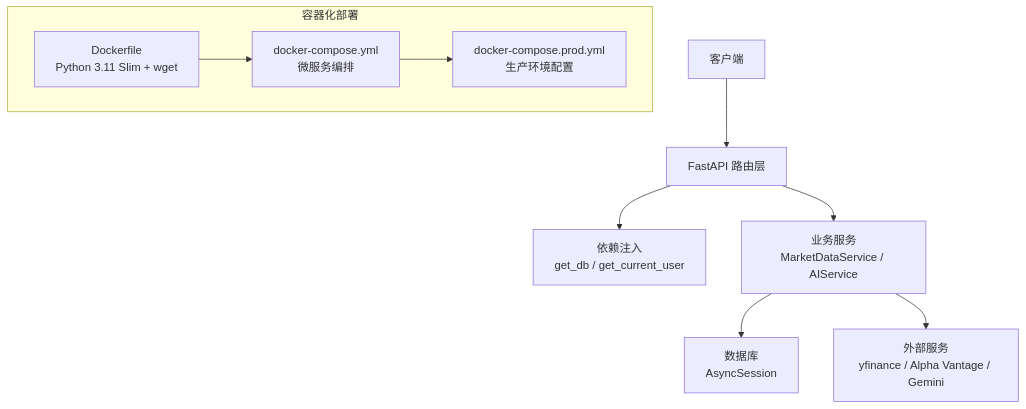
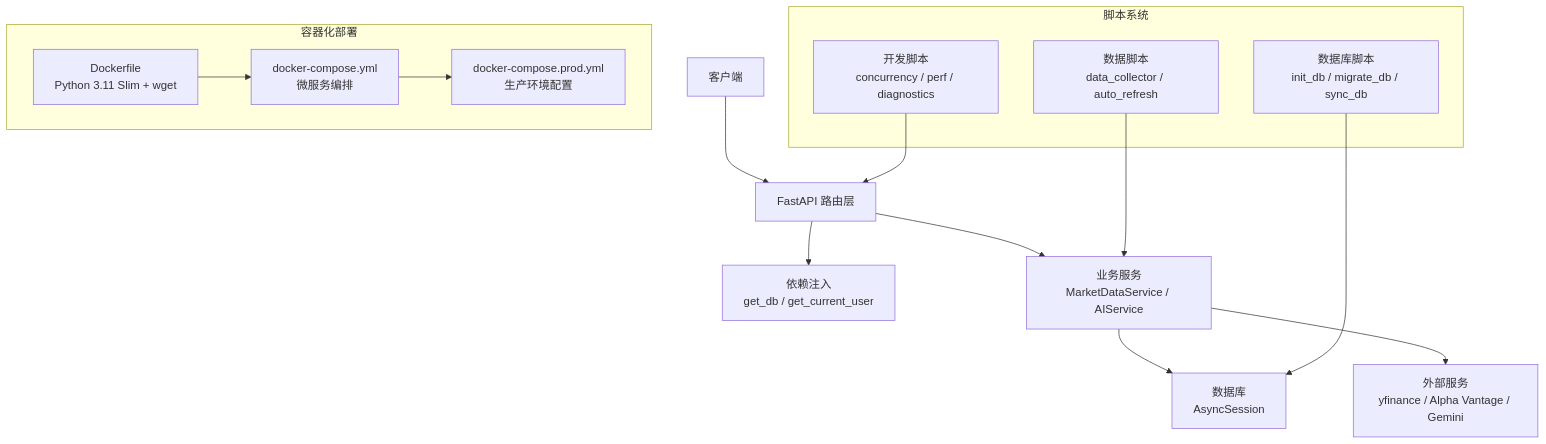
One commit to breeze-lyf/ai-stock-advisor changed the second of 11 diagrams in .qoder/repowiki/zh/content/后端开发指南/后端开发指南.md. Above: the diagram before and after it, drawn with Mermaid. The commit also changed other lines of this file and 11 other files, not shown here.

````diff
--- a/.qoder/repowiki/zh/content/后端开发指南/后端开发指南.md
+++ b/.qoder/repowiki/zh/content/后端开发指南/后端开发指南.md
@@ -165,15 +190,23 @@
 ```mermaid
 graph TB
 Client["客户端"] --> API["FastAPI 路由层"]
 API --> Deps["依赖注入<br/>get_db / get_current_user"]
 API --> Service["业务服务<br/>MarketDataService / AIService"]
 Service --> DB["数据库<br/>AsyncSession"]
 Service --> Ext["外部服务<br/>yfinance / Alpha Vantage / Gemini"]
+subgraph "脚本系统"
+DBScripts["数据库脚本<br/>init_db / migrate_db / sync_db"]
+DataScripts["数据脚本<br/>data_collector / auto_refresh"]
+DevScripts["开发脚本<br/>concurrency / perf / diagnostics"]
+end
 subgraph "容器化部署"
 Docker["Dockerfile<br/>Python 3.11 Slim + wget"]
 Compose["docker-compose.yml<br/>微服务编排"]
 Prod["docker-compose.prod.yml<br/>生产环境配置"]
 Docker --> Compose
 Compose --> Prod
 end
+DBScripts --> DB
+DataScripts --> Service
+DevScripts --> API
 ```
````
